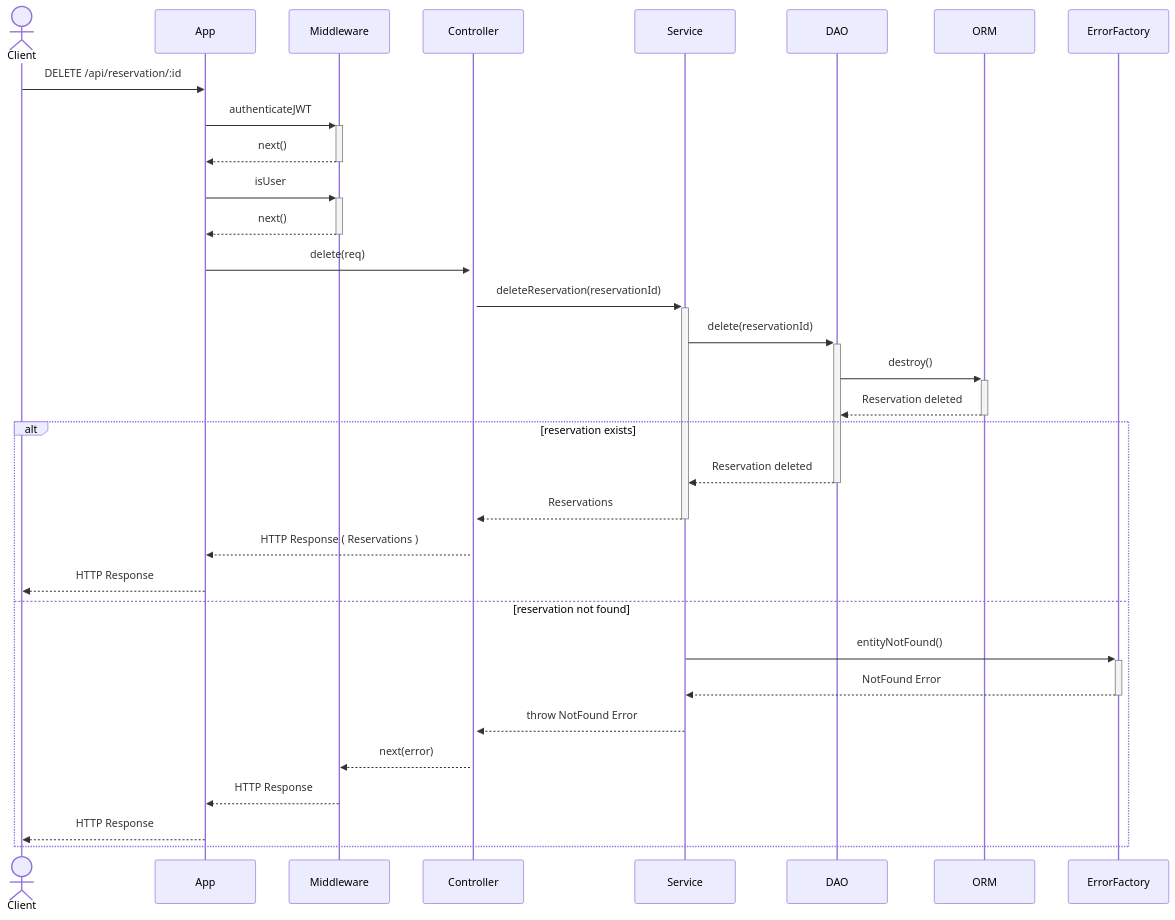
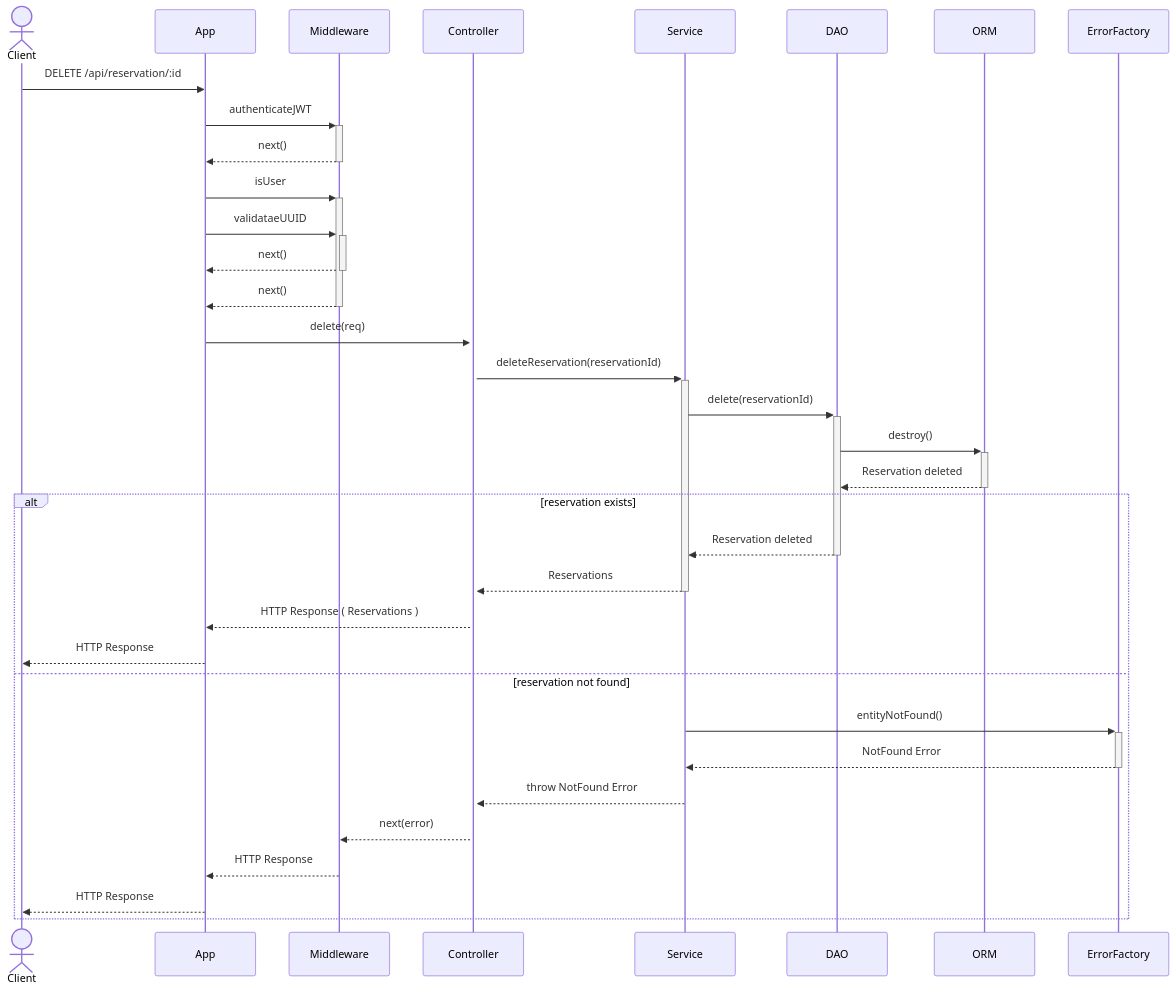
Diagram 13 of 17 in README.md (niccolociotti/parking_PA), drawn with Mermaid before and after one commit. The commit also changed other lines of this file, not shown here.

````diff
--- a/README.md
+++ b/README.md
@@ -776,36 +787,38 @@
 ```mermaid
 sequenceDiagram
     actor Client
     participant App
     participant Middleware
     participant Controller
     participant Service
     participant DAO
     participant ORM
     participant ErrorFactory
 
     Client->>App: DELETE /api/reservation/:id 
     App->>+Middleware: authenticateJWT
     Middleware-->>-App: next()
     App->>+Middleware: isUser
+    App->>+Middleware: validataeUUID
+    Middleware-->>-App: next()
     Middleware-->>-App: next()
     App->>+Controller: delete(req)
     Controller->>+Service: deleteReservation(reservationId)
         Service->>+DAO: delete(reservationId)
         DAO->>+ORM: destroy()
         ORM-->>-DAO: Reservation deleted
         alt reservation exists
             DAO-->>-Service: Reservation deleted
             Service-->>-Controller: Reservations
             Controller-->>App: HTTP Response ( Reservations )
             App-->>Client: HTTP Response
             else reservation not found
                 Service->>+ErrorFactory: entityNotFound()
                 ErrorFactory-->>-Service: NotFound Error
                 Service-->>Controller: throw NotFound Error
                 Controller-->>Middleware: next(error)
                 Middleware-->>App: HTTP Response
                 App-->>Client: HTTP Response
     end
 
 ```
````
